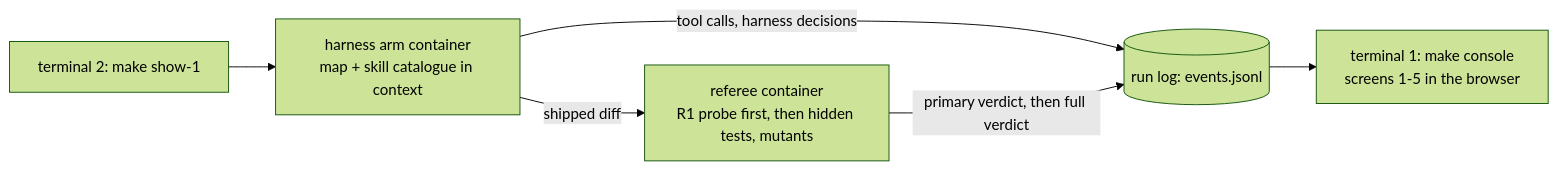
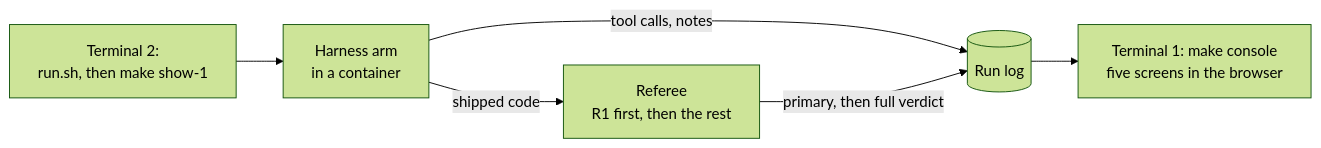
The diagram in 01-instructions/demo/README.md (ANI-IN/shipharness-dev), drawn with Mermaid (forest theme) before and after one commit. The commit also changed other lines of this file and 63 other files, not shown here.

````diff
--- a/01-instructions/demo/README.md
+++ b/01-instructions/demo/README.md
@@ -27,8 +42,8 @@
 ```mermaid
 flowchart LR
-  T2["terminal 2: make show-1"] --> H["harness arm container<br/>map + skill catalogue in context"]
-  H -->|"tool calls, harness decisions"| E[("run log: events.jsonl")]
-  H -->|"shipped diff"| R["referee container<br/>R1 probe first, then hidden tests, mutants"]
-  R -->|"primary verdict, then full verdict"| E
-  E --> C["terminal 1: make console<br/>screens 1-5 in the browser"]
+  T2["Terminal 2:<br/>run.sh, then make show-1"] --> H["Harness arm<br/>in a container"]
+  H -->|"tool calls, notes"| E[("Run log")]
+  H -->|"shipped code"| R["Referee<br/>R1 first, then the rest"]
+  R -->|"primary, then full verdict"| E
+  E --> C["Terminal 1: make console<br/>five screens in the browser"]
 ```
````
